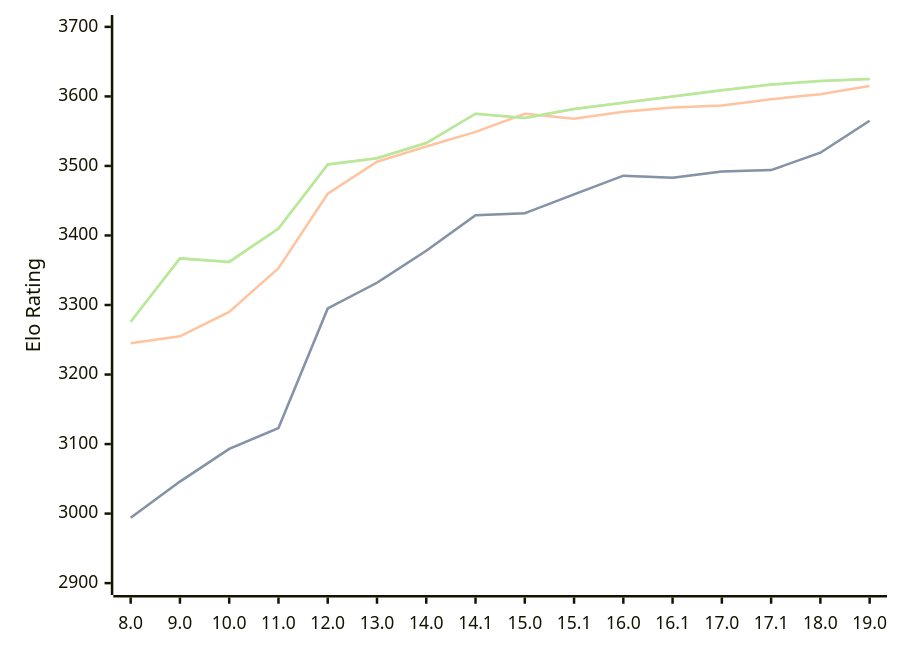
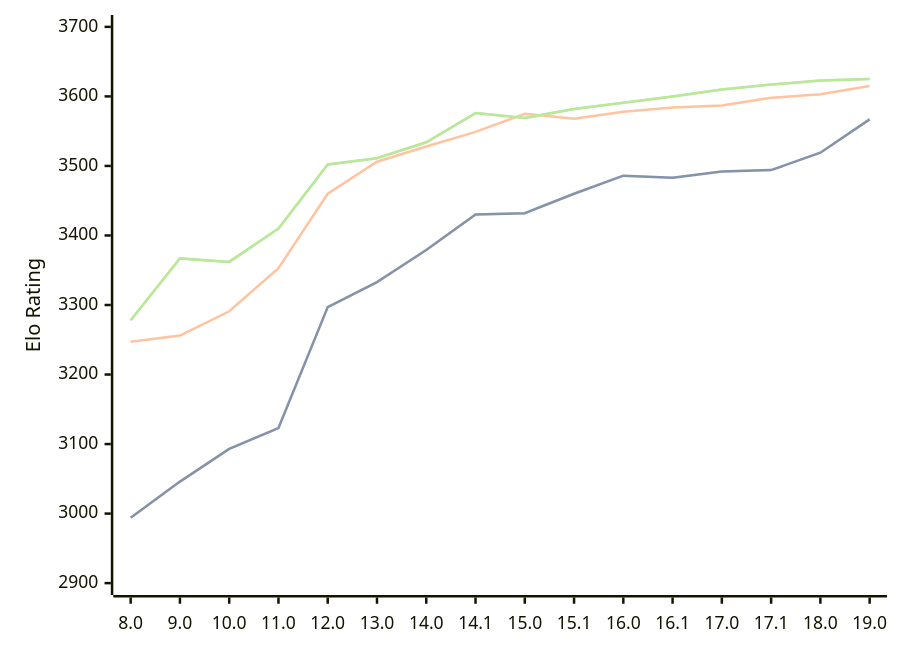
The diagram in engines/Stockfish.md (computer-chess-index/cci), drawn with Mermaid before and after one commit. The commit also changed other lines of this file, not shown here.

Commit message:
Update CCI Ratings (ELO VLTC) - 2026-10-08

````diff
--- a/engines/Stockfish.md
+++ b/engines/Stockfish.md
@@ -46,11 +46,11 @@
 ```mermaid
 %%{init: {"theme":"base","themeVariables":{"seriesColors:['#a3a3a3','#222221','#faa371']}}}%%
 xychart-beta
   x-axis ["8.0", "9.0", "10.0", "11.0", "12.0", "13.0", "14.0", "14.1", "15.0", "15.1", "16.0", "16.1", "17.0", "17.1", "18.0", "19.0"]
   y-axis "Elo Rating" 2900 --> 3700
-  line "" [2994, 3046, 3093, 3123, 3295, 3332, 3378, 3429, 3432, 3459, 3486, 3483, 3492, 3494, 3519, 3565]
-  line "STC (8.0+0.08s)" [2994, 3046, 3093, 3123, 3295, 3332, 3378, 3429, 3432, 3459, 3486, 3483, 3492, 3494, 3519, 3565]
-  line "LTC (60.0+0.60s)" [3245, 3255, 3290, 3353, 3460, 3506, 3528, 3549, 3575, 3568, 3578, 3584, 3587, 3596, 3603, 3615]
-  line "" [3276, 3367, 3362, 3410, 3502, 3511, 3533, 3575, 3569, 3582, 3591, 3600, 3609, 3617, 3622, 3625]
-  line "VLTC (2m24s+1.12s)" [3276, 3367, 3362, 3410, 3502, 3511, 3533, 3575, 3569, 3582, 3591, 3600, 3609, 3617, 3622, 3625]
+  line "" [2994, 3046, 3093, 3123, 3297, 3333, 3379, 3430, 3432, 3460, 3486, 3483, 3492, 3494, 3519, 3567]
+  line "STC (8.0+0.08s)" [2994, 3046, 3093, 3123, 3297, 3333, 3379, 3430, 3432, 3460, 3486, 3483, 3492, 3494, 3519, 3567]
+  line "LTC (60.0+0.60s)" [3247, 3256, 3291, 3353, 3460, 3506, 3528, 3549, 3575, 3568, 3578, 3584, 3587, 3598, 3603, 3615]
+  line "" [3278, 3367, 3362, 3410, 3502, 3511, 3534, 3576, 3569, 3582, 3591, 3600, 3610, 3617, 3623, 3625]
+  line "VLTC (2m24s+1.12s)" [3278, 3367, 3362, 3410, 3502, 3511, 3534, 3576, 3569, 3582, 3591, 3600, 3610, 3617, 3623, 3625]
 ```
````
